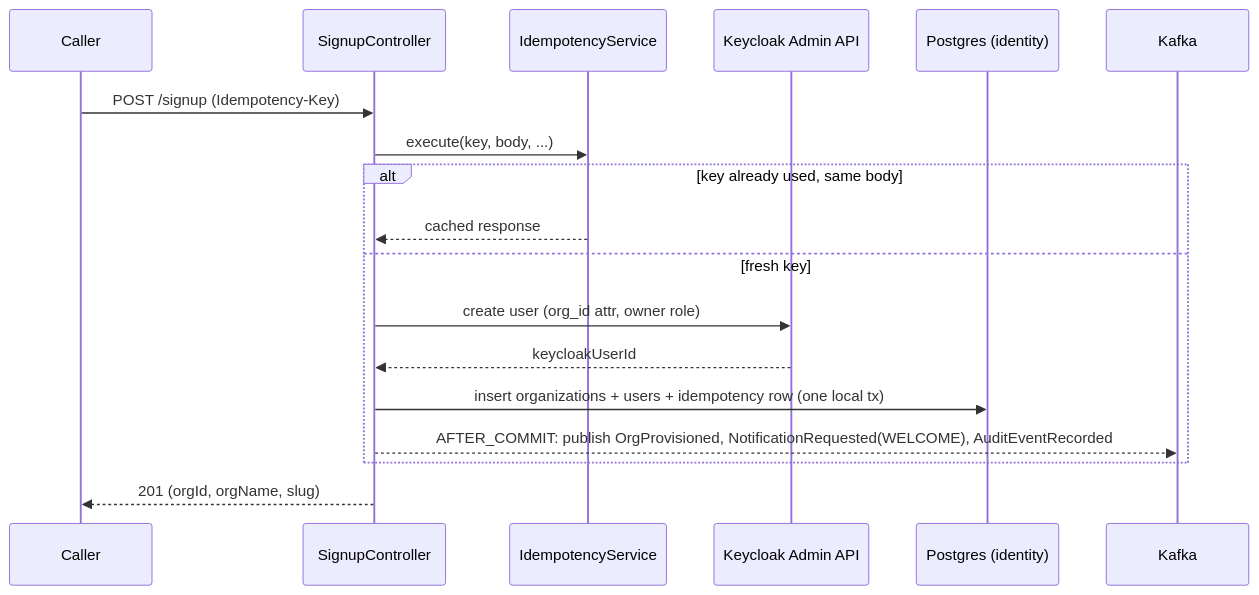
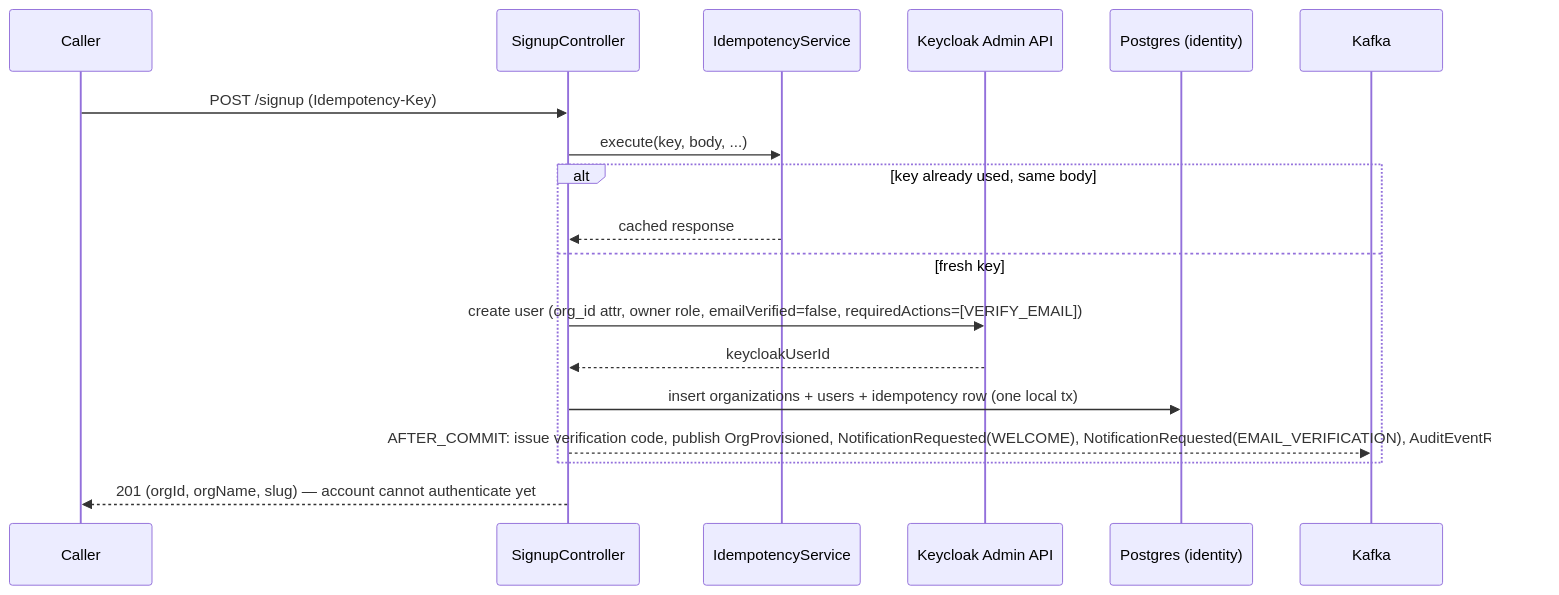
The fourth of 8 diagrams in docs/identity-service/ARCHITECTURE.md (Wamitinewton/Pallet.io), drawn with Mermaid before and after one commit. The commit also changed other lines of this file and 58 other files, not shown here.

First line of the commit message:
feat: add auth, email verification, password reset, invite acceptance and account self-service to identity-service

````diff
--- a/docs/identity-service/ARCHITECTURE.md
+++ b/docs/identity-service/ARCHITECTURE.md
@@ -449,21 +551,21 @@
 ```mermaid
 sequenceDiagram
     participant C as Caller
     participant Ctl as SignupController
     participant Idem as IdempotencyService
     participant KC as Keycloak Admin API
     participant DB as Postgres (identity)
     participant K as Kafka
 
     C->>Ctl: POST /signup (Idempotency-Key)
     Ctl->>Idem: execute(key, body, ...)
     alt key already used, same body
         Idem-->>Ctl: cached response
     else fresh key
-        Ctl->>KC: create user (org_id attr, owner role)
+        Ctl->>KC: create user (org_id attr, owner role, emailVerified=false, requiredActions=[VERIFY_EMAIL])
         KC-->>Ctl: keycloakUserId
         Ctl->>DB: insert organizations + users + idempotency row (one local tx)
-        Ctl-->>K: AFTER_COMMIT: publish OrgProvisioned, NotificationRequested(WELCOME), AuditEventRecorded
+        Ctl-->>K: AFTER_COMMIT: issue verification code, publish OrgProvisioned, NotificationRequested(WELCOME), NotificationRequested(EMAIL_VERIFICATION), AuditEventRecorded
     end
-    Ctl-->>C: 201 (orgId, orgName, slug)
+    Ctl-->>C: 201 (orgId, orgName, slug) — account cannot authenticate yet
 ```
````
